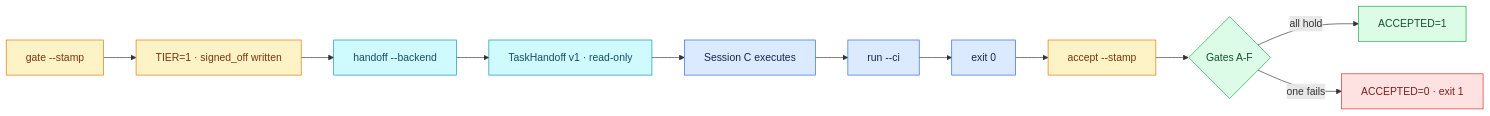
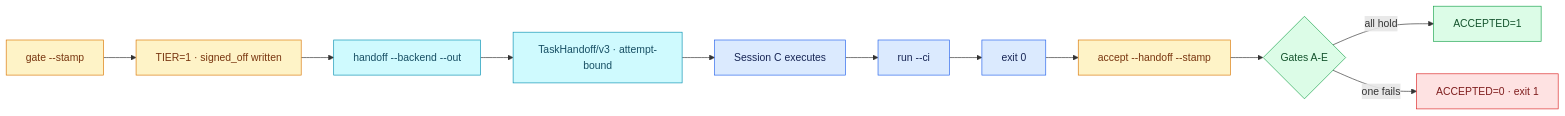
Before and after one commit to emersonnaka/uc-transact-co: the diagram in live/d4/04-the-authorization-chain.md, drawn with Mermaid. The commit also changed other lines of this file and 8 other files, not shown here.

````diff
--- a/live/d4/04-the-authorization-chain.md
+++ b/live/d4/04-the-authorization-chain.md
@@ -30,24 +38,24 @@
 ```mermaid
 flowchart LR
     A[gate --stamp] --> B[TIER=1 · signed_off written]
-    B --> C[handoff --backend]
-    C --> D[TaskHandoff v1 · read-only]
+    B --> C[handoff --backend --out]
+    C --> D[TaskHandoff/v3 · attempt-bound]
     D --> E[Session C executes]
     E --> F[run --ci]
     F --> G[exit 0]
-    G --> H[accept --stamp]
-    H --> I{Gates A-F}
+    G --> H[accept --handoff --stamp]
+    H --> I{Gates A-E}
     I -->|all hold| J[ACCEPTED=1]
     I -->|one fails| K[ACCEPTED=0 · exit 1]
 
     classDef human fill:#FEF3C7,stroke:#D97706,color:#78350F
     classDef fmt fill:#CFFAFE,stroke:#0891B2,color:#164E63
     classDef machine fill:#DBEAFE,stroke:#2563EB,color:#172554
     classDef good fill:#DCFCE7,stroke:#16A34A,color:#14532D
     classDef bad fill:#FEE2E2,stroke:#DC2626,color:#7F1D1D
     class A,B,H human
     class C,D fmt
     class E,F,G machine
     class I,J good
     class K bad
 ```
````
